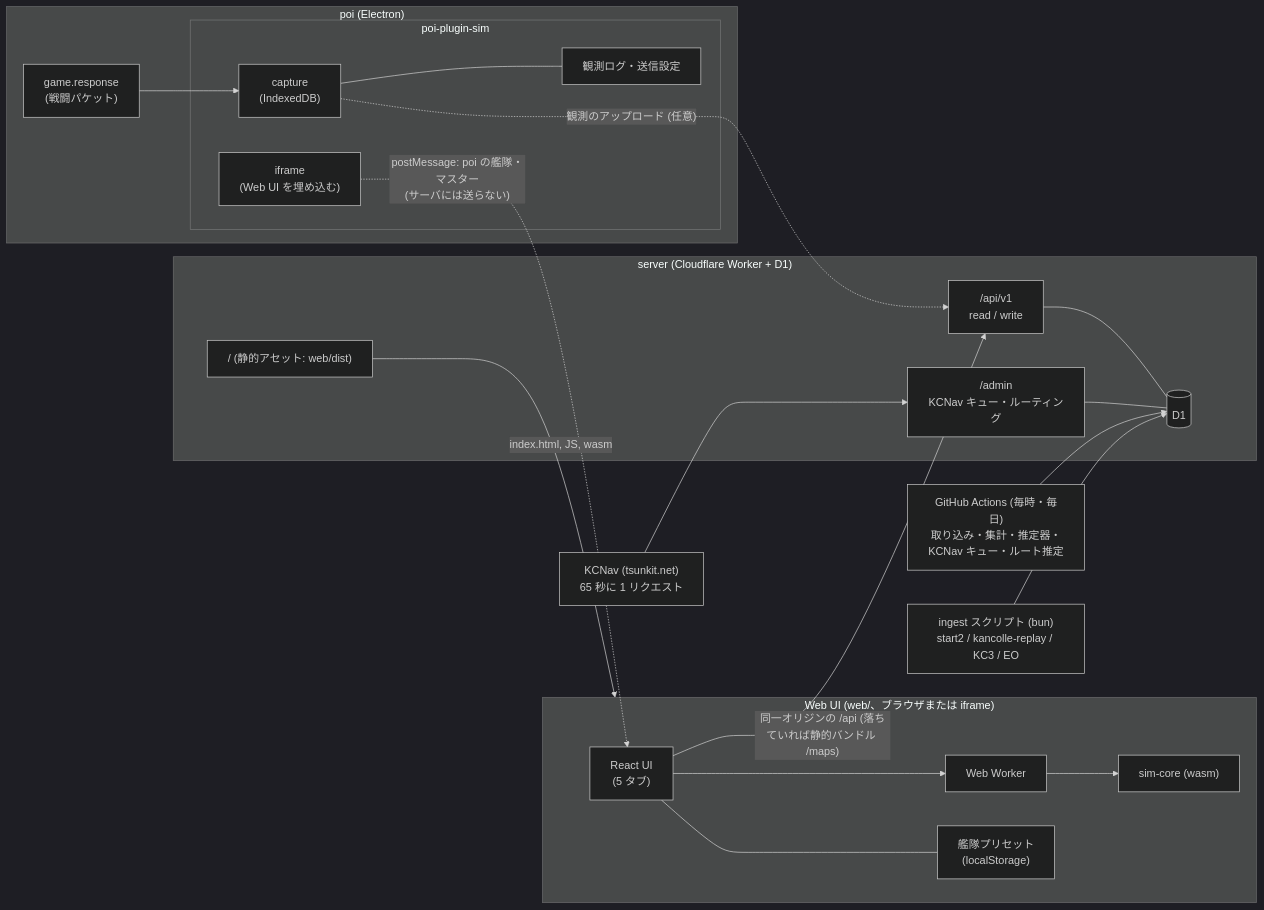
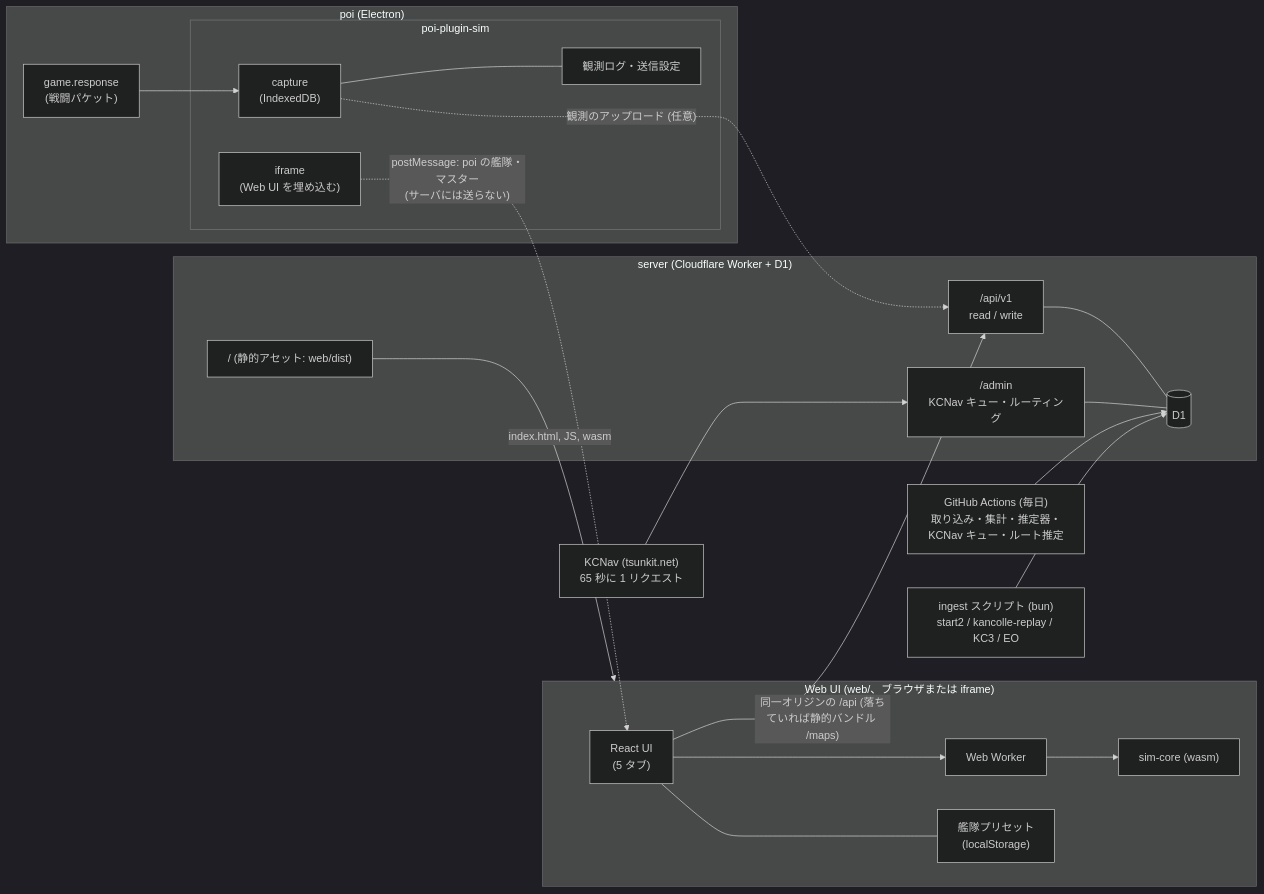
One commit to gitdmnt/kc-sim changed the diagram in README.md. Above: the diagram before and after it, drawn with Mermaid (dark theme). The commit also changed 5 other files, not shown here.

````diff
--- a/README.md
+++ b/README.md
@@ -26,36 +26,36 @@
 ```mermaid
 flowchart LR
   subgraph poi["poi (Electron)"]
     GR["game.response<br/>(戦闘パケット)"]
     subgraph plugin["poi-plugin-sim"]
       CAP["capture<br/>(IndexedDB)"]
       LOG["観測ログ・送信設定"]
       FRAME["iframe<br/>(Web UI を埋め込む)"]
     end
     GR --> CAP
     CAP --- LOG
   end
   subgraph browser["Web UI (web/、ブラウザまたは iframe)"]
     UI["React UI<br/>(5 タブ)"]
     WK["Web Worker"]
     WASM["sim-core (wasm)"]
     PRE["艦隊プリセット<br/>(localStorage)"]
     UI --> WK --> WASM
     UI --- PRE
   end
   FRAME -.->|"postMessage: poi の艦隊・マスター<br/>(サーバには送らない)"| UI
   subgraph dw["server (Cloudflare Worker + D1)"]
     ASSETS["/ (静的アセット: web/dist)"]
     API["/api/v1<br/>read / write"]
     ADM["/admin<br/>KCNav キュー・ルーティング"]
     D1[("D1")]
     API --- D1
     ADM --- D1
   end
-  GHA["GitHub Actions (毎時・毎日)<br/>取り込み・集計・推定器・KCNav キュー・ルート推定"] --> D1
+  GHA["GitHub Actions (毎日)<br/>取り込み・集計・推定器・KCNav キュー・ルート推定"] --> D1
   ASSETS -->|"index.html, JS, wasm"| browser
   UI -->|"同一オリジンの /api (落ちていれば静的バンドル /maps)"| API
   CAP -.->|"観測のアップロード (任意)"| API
   ING["ingest スクリプト (bun)<br/>start2 / kancolle-replay / KC3 / EO"] --> D1
   KC["KCNav (tsunkit.net)<br/>65 秒に 1 リクエスト"] --> ADM
 ```
````
